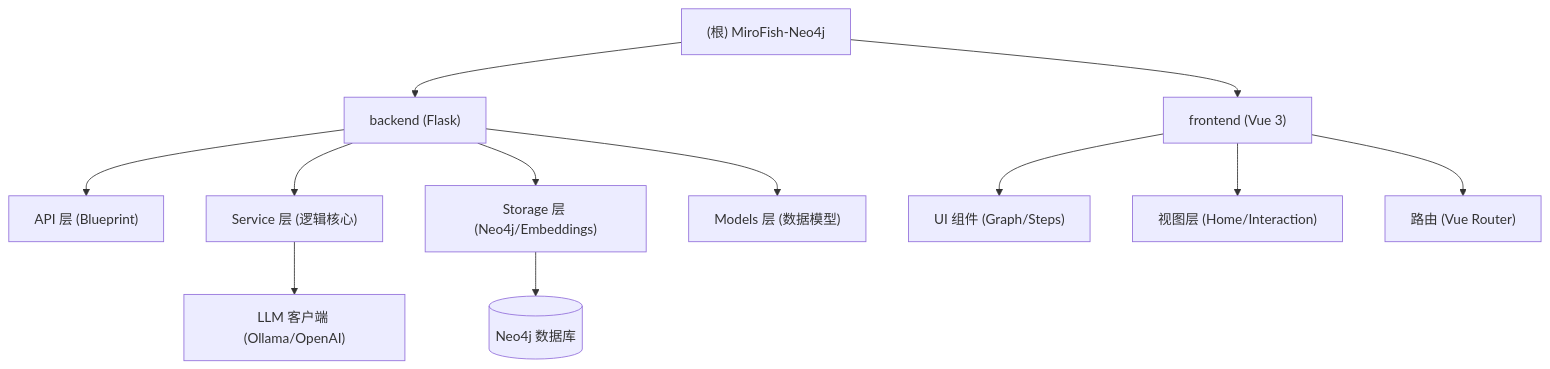
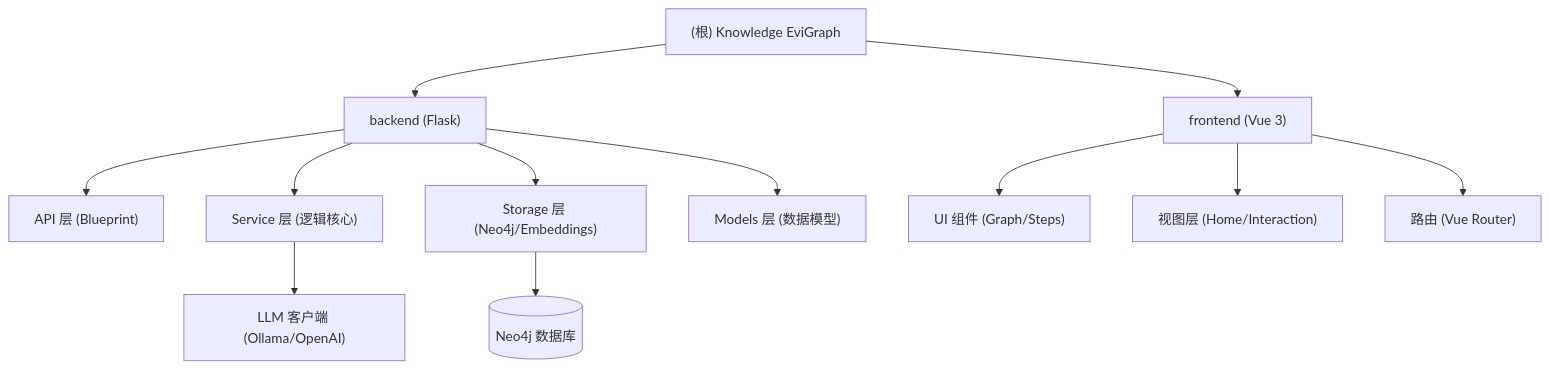
One commit to chenrui2200/EviGraph changed the diagram in CLAUDE.md. Above: the diagram before and after it, drawn with Mermaid. The commit also changed other lines of this file and 13 other files, not shown here.

First line of the commit message:
refactor(graph): 重构知识图谱检索流程并统一API与SSE实现

````diff
--- a/CLAUDE.md
+++ b/CLAUDE.md
@@ -11,20 +11,20 @@
 ```mermaid
 graph TD
-    Root["(根) MiroFish-Neo4j"] --> BE["backend (Flask)"]
+    Root["(根) Knowledge EviGraph"] --> BE["backend (Flask)"]
     Root --> FE["frontend (Vue 3)"]
 
     BE --> API["API 层 (Blueprint)"]
     BE --> Services["Service 层 (逻辑核心)"]
     BE --> Storage["Storage 层 (Neo4j/Embeddings)"]
     BE --> Models["Models 层 (数据模型)"]
 
     FE --> Components["UI 组件 (Graph/Steps)"]
     FE --> Views["视图层 (Home/Interaction)"]
     FE --> Router["路由 (Vue Router)"]
 
     Services --> LLM["LLM 客户端 (Ollama/OpenAI)"]
     Storage --> Neo4j[("Neo4j 数据库")]
 
     click BE "./backend/CLAUDE.md" "查看后端模块文档"
     click FE "./frontend/CLAUDE.md" "查看前端模块文档"
 ```
````
